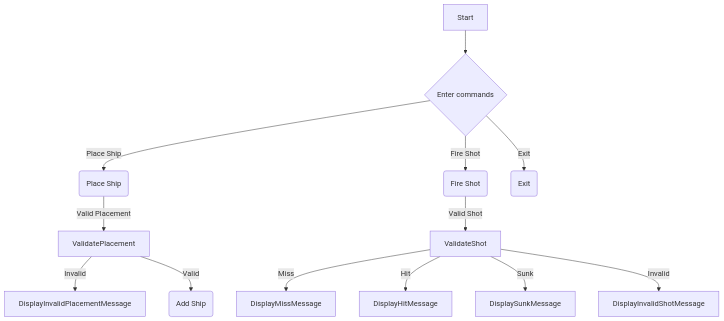
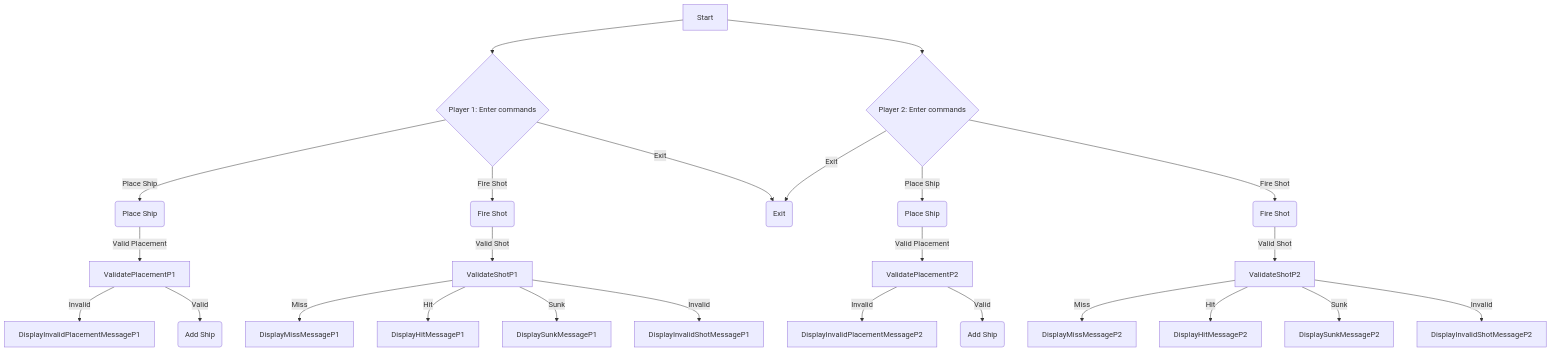
The diagram in README.md (PegahNa/Battleships_tech_test), drawn with Mermaid before and after one commit.

````diff
--- a/README.md
+++ b/README.md
@@ -1,20 +1,34 @@
 ```mermaid
 flowchart TD;
 
-Start[Start] --> EnterCommands{Enter commands}
+Start[Start] --> EnterCommandsP1{Player 1: Enter commands}
+EnterCommandsP1 -->|Place Ship| PlaceShipP1(Place Ship)
+EnterCommandsP1 -->|Fire Shot| FireShotP1(Fire Shot)
+EnterCommandsP1 -->|Exit| ExitGame(Exit)
 
-EnterCommands -->|Place Ship| PlaceShip(Place Ship)
-EnterCommands -->|Fire Shot| FireShot(Fire Shot)
-EnterCommands -->|Exit| ExitGame(Exit)
+PlaceShipP1 -->|Valid Placement| ValidatePlacementP1
+ValidatePlacementP1 -->|Invalid| DisplayInvalidPlacementMessageP1
+ValidatePlacementP1 -->|Valid| AddShipP1(Add Ship)
 
-PlaceShip -->|Valid Placement| ValidatePlacement
-ValidatePlacement -->|Invalid| DisplayInvalidPlacementMessage
-ValidatePlacement -->|Valid| AddShip(Add Ship)
+FireShotP1 -->|Valid Shot| ValidateShotP1
+ValidateShotP1 -->|Miss| DisplayMissMessageP1
+ValidateShotP1 -->|Hit| DisplayHitMessageP1
+ValidateShotP1 -->|Sunk| DisplaySunkMessageP1
+ValidateShotP1 -->|Invalid| DisplayInvalidShotMessageP1
 
-FireShot -->|Valid Shot| ValidateShot
-ValidateShot -->|Miss| DisplayMissMessage
-ValidateShot -->|Hit| DisplayHitMessage
-ValidateShot -->|Sunk| DisplaySunkMessage
-ValidateShot -->|Invalid| DisplayInvalidShotMessage
+Start --> EnterCommandsP2{Player 2: Enter commands}
+EnterCommandsP2 -->|Place Ship| PlaceShipP2(Place Ship)
+EnterCommandsP2 -->|Fire Shot| FireShotP2(Fire Shot)
+EnterCommandsP2 -->|Exit| ExitGame(Exit)
+
+PlaceShipP2 -->|Valid Placement| ValidatePlacementP2
+ValidatePlacementP2 -->|Invalid| DisplayInvalidPlacementMessageP2
+ValidatePlacementP2 -->|Valid| AddShipP2(Add Ship)
+
+FireShotP2 -->|Valid Shot| ValidateShotP2
+ValidateShotP2 -->|Miss| DisplayMissMessageP2
+ValidateShotP2 -->|Hit| DisplayHitMessageP2
+ValidateShotP2 -->|Sunk| DisplaySunkMessageP2
+ValidateShotP2 -->|Invalid| DisplayInvalidShotMessageP2
 
 ```
````
